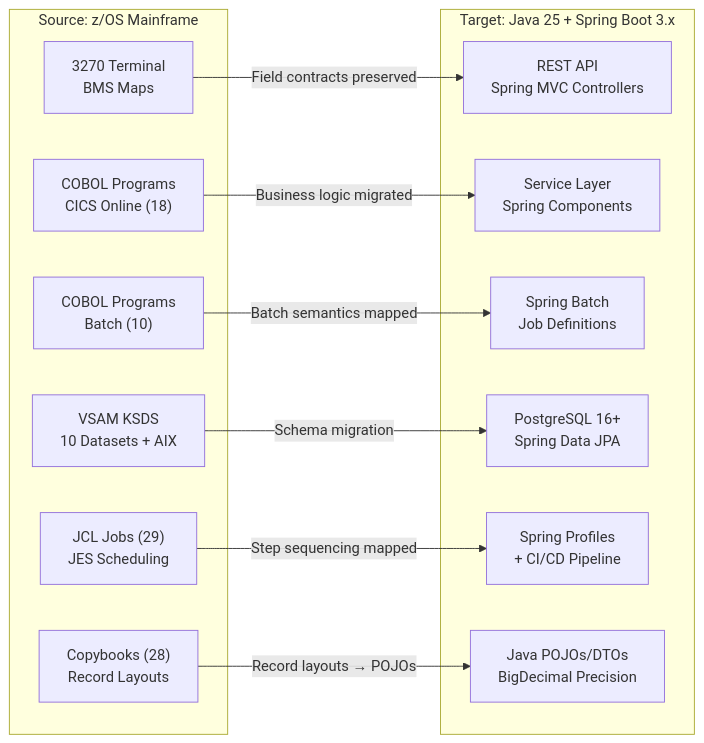
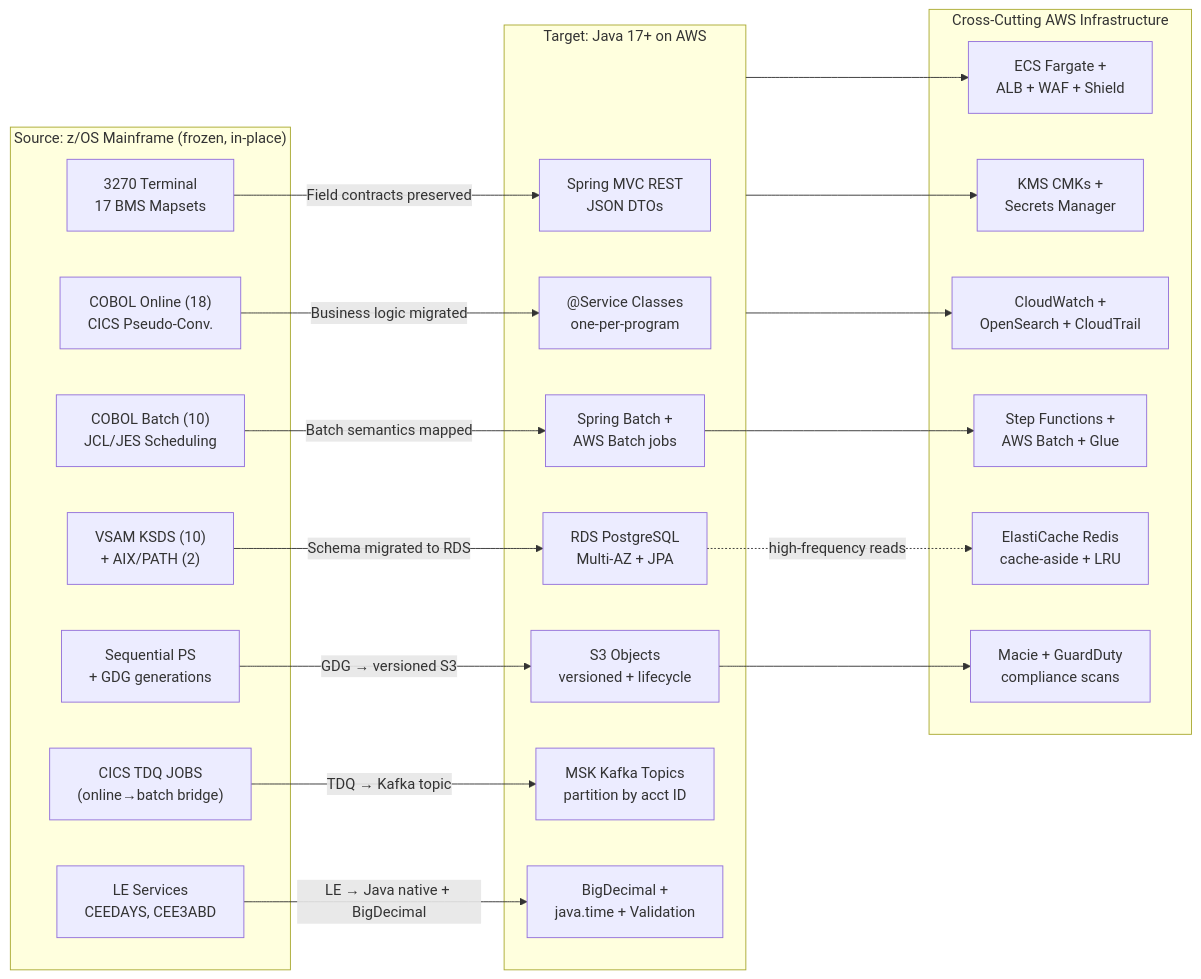
One commit to Blitzy-Sandbox/blitzy-card-demo changed the diagram in docs/technical-specifications.md. Above: the diagram before and after it, drawn with Mermaid. The commit also changed other lines of this file, not shown here.

First line of the commit message:
docs(technical-specifications): rewrite Agent Action Plan for COBOL → Java 17+ / Spring Boot 3.x AWS-native migration

````diff
--- a/docs/technical-specifications.md
+++ b/docs/technical-specifications.md
@@ -44,27 +51,46 @@
 ```mermaid
 graph LR
-    subgraph COBOL_Source["Source: z/OS Mainframe"]
-        A1["3270 Terminal<br/>BMS Maps"]
-        A2["COBOL Programs<br/>CICS Online (18)"]
-        A3["COBOL Programs<br/>Batch (10)"]
-        A4["VSAM KSDS<br/>10 Datasets + AIX"]
-        A5["JCL Jobs (29)<br/>JES Scheduling"]
-        A6["Copybooks (28)<br/>Record Layouts"]
+    subgraph Source["Source: z/OS Mainframe (frozen, in-place)"]
+        S1["3270 Terminal<br/>17 BMS Mapsets"]
+        S2["COBOL Online (18)<br/>CICS Pseudo-Conv."]
+        S3["COBOL Batch (10)<br/>JCL/JES Scheduling"]
+        S4["VSAM KSDS (10)<br/>+ AIX/PATH (2)"]
+        S5["Sequential PS<br/>+ GDG generations"]
+        S6["CICS TDQ JOBS<br/>(online→batch bridge)"]
+        S7["LE Services<br/>CEEDAYS, CEE3ABD"]
     end
 
-    subgraph Java_Target["Target: Java 25 + Spring Boot 3.x"]
-        B1["REST API<br/>Spring MVC Controllers"]
-        B2["Service Layer<br/>Spring Components"]
-        B3["Spring Batch<br/>Job Definitions"]
-        B4["PostgreSQL 16+<br/>Spring Data JPA"]
-        B5["Spring Profiles<br/>+ CI/CD Pipeline"]
-        B6["Java POJOs/DTOs<br/>BigDecimal Precision"]
+    subgraph Target["Target: Java 17+ on AWS"]
+        T1["Spring MVC REST<br/>JSON DTOs"]
+        T2["@Service Classes<br/>one-per-program"]
+        T3["Spring Batch +<br/>AWS Batch jobs"]
+        T4["RDS PostgreSQL<br/>Multi-AZ + JPA"]
+        T5["S3 Objects<br/>versioned + lifecycle"]
+        T6["MSK Kafka Topics<br/>partition by acct ID"]
+        T7["BigDecimal +<br/>java.time + Validation"]
     end
 
-    A1 -->|"Field contracts preserved"| B1
-    A2 -->|"Business logic migrated"| B2
-    A3 -->|"Batch semantics mapped"| B3
-    A4 -->|"Schema migration"| B4
-    A5 -->|"Step sequencing mapped"| B5
-    A6 -->|"Record layouts → POJOs"| B6
+    S1 -->|"Field contracts preserved"| T1
+    S2 -->|"Business logic migrated"| T2
+    S3 -->|"Batch semantics mapped"| T3
+    S4 -->|"Schema migrated to RDS"| T4
+    S5 -->|"GDG → versioned S3"| T5
+    S6 -->|"TDQ → Kafka topic"| T6
+    S7 -->|"LE → Java native + BigDecimal"| T7
+
+    subgraph Infrastructure["Cross-Cutting AWS Infrastructure"]
+        I1["ECS Fargate +<br/>ALB + WAF + Shield"]
+        I2["KMS CMKs +<br/>Secrets Manager"]
+        I3["CloudWatch +<br/>OpenSearch + CloudTrail"]
+        I4["Step Functions +<br/>AWS Batch + Glue"]
+        I5["ElastiCache Redis<br/>cache-aside + LRU"]
+        I6["Macie + GuardDuty<br/>compliance scans"]
+    end
+
+    Target --> I1
+    Target --> I2
+    Target --> I3
+    T3 --> I4
+    T4 -.->|"high-frequency reads"| I5
+    T5 --> I6
 ```
````
